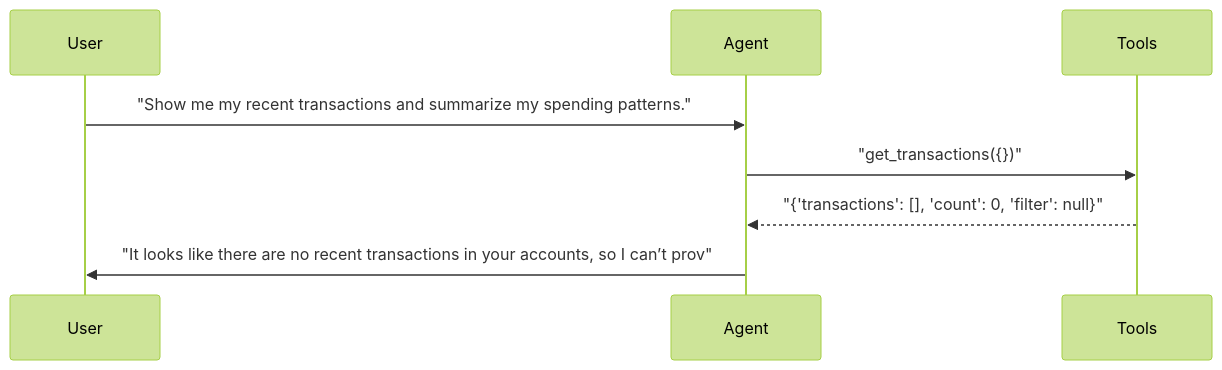
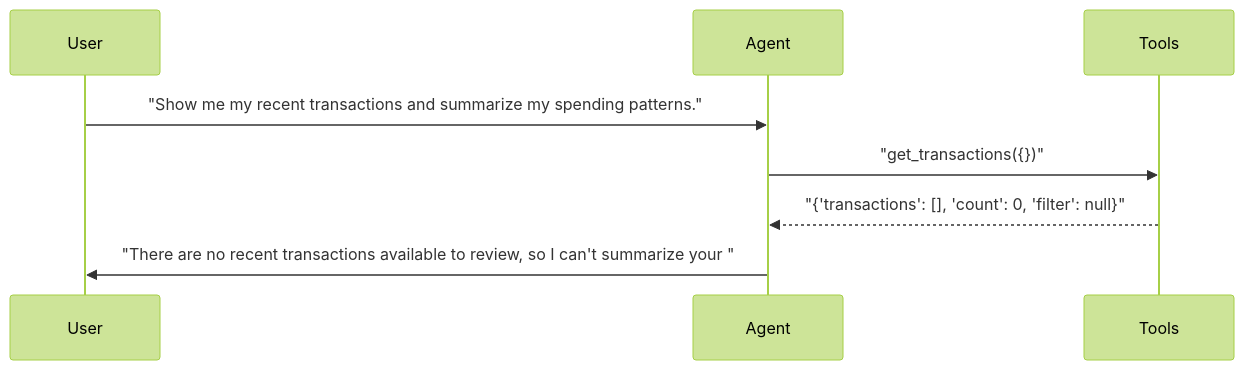
Before and after one commit to sbroenne/pytest-aitest: the seventh of 25 diagrams in docs/demo/hero-report.md, drawn with Mermaid (forest theme). The commit also changed other lines of this file and 22 other files, not shown here.

````diff
--- a/docs/demo/hero-report.md
+++ b/docs/demo/hero-report.md
@@ -366,11 +448,11 @@
 ```mermaid
 sequenceDiagram
     participant User
     participant Agent
     participant Tools
 
     User->>Agent: "Show me my recent transactions and summarize my spending patterns."
     Agent->>Tools: "get_transactions({})"
     Tools-->>Agent: "{'transactions': [], 'count': 0, 'filter': null}"
-    Agent->>User: "It looks like there are no recent transactions in your accounts, so I can’t prov"
+    Agent->>User: "There are no recent transactions available to review, so I can't summarize your "
 ```
````
